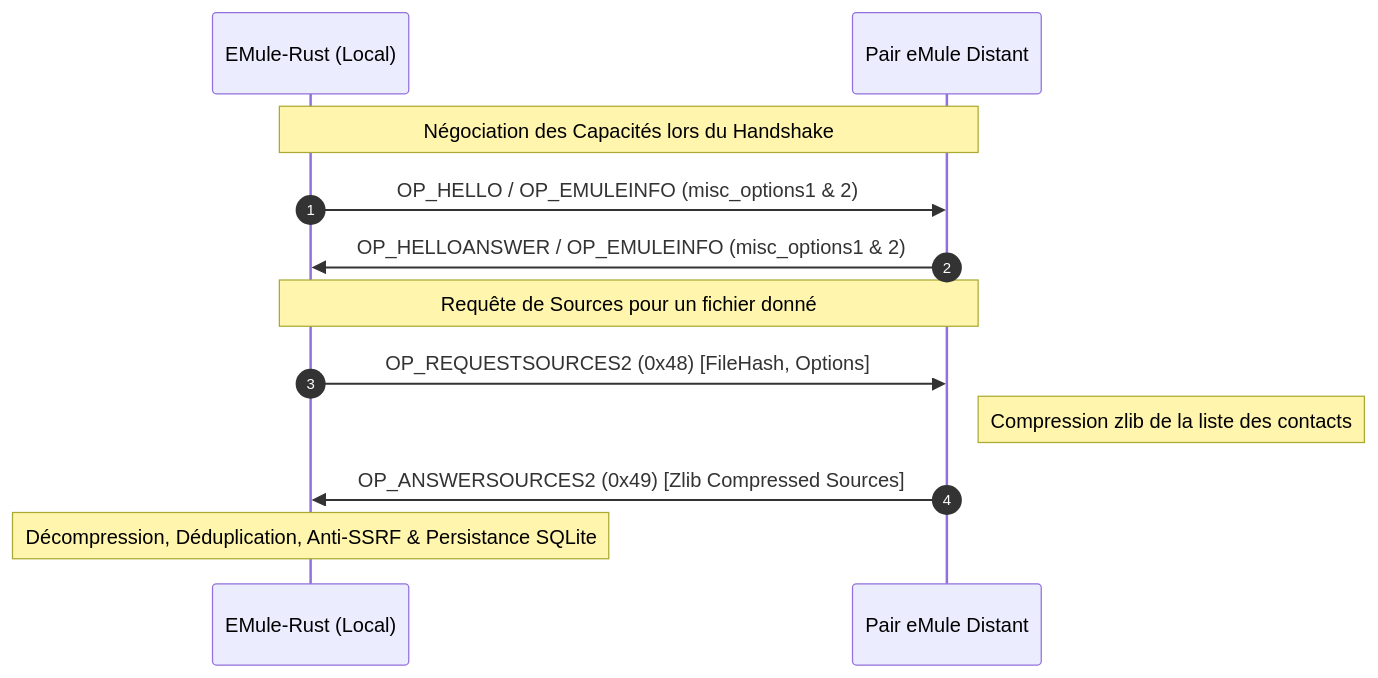
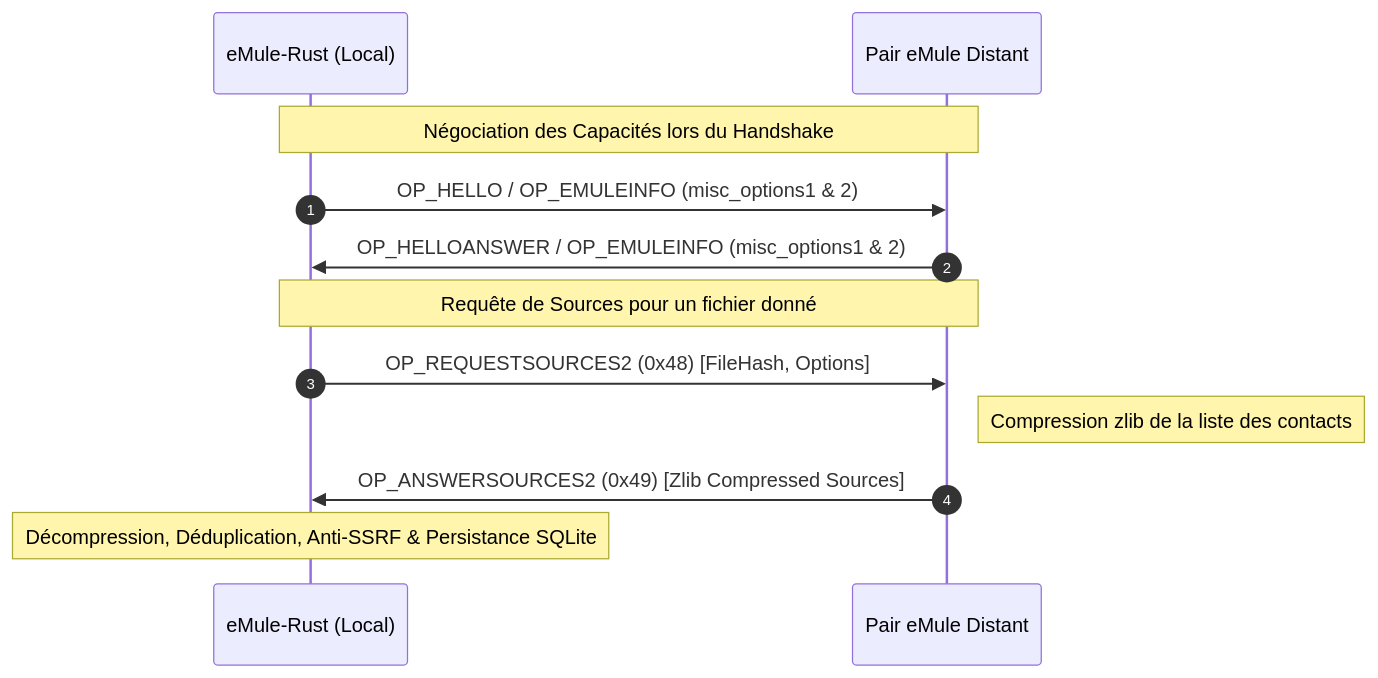
One commit to laurentgeynet-ux/eMule-Rust changed the diagram in docs/walkthroughs/walkthrough_Phase_13.md. Above: the diagram before and after it, drawn with Mermaid. The commit also changed other lines of this file and 182 other files, not shown here.

````diff
--- a/docs/walkthroughs/walkthrough_Phase_13.md
+++ b/docs/walkthroughs/walkthrough_Phase_13.md
@@ -12,16 +12,16 @@
 ```mermaid
 sequenceDiagram
     autonumber
-    participant NotreClient as EMule-Rust (Local)
+    participant NotreClient as eMule-Rust (Local)
     participant Peer as Pair eMule Distant
 
     Note over NotreClient,Peer: Négociation des Capacités lors du Handshake
     NotreClient->>Peer: OP_HELLO / OP_EMULEINFO (misc_options1 & 2)
     Peer->>NotreClient: OP_HELLOANSWER / OP_EMULEINFO (misc_options1 & 2)
 
     Note over NotreClient,Peer: Requête de Sources pour un fichier donné
     NotreClient->>Peer: OP_REQUESTSOURCES2 (0x48) [FileHash, Options]
     Note right of Peer: Compression zlib de la liste des contacts
     Peer->>NotreClient: OP_ANSWERSOURCES2 (0x49) [Zlib Compressed Sources]
     Note over NotreClient: Décompression, Déduplication, Anti-SSRF & Persistance SQLite
 ```
````
